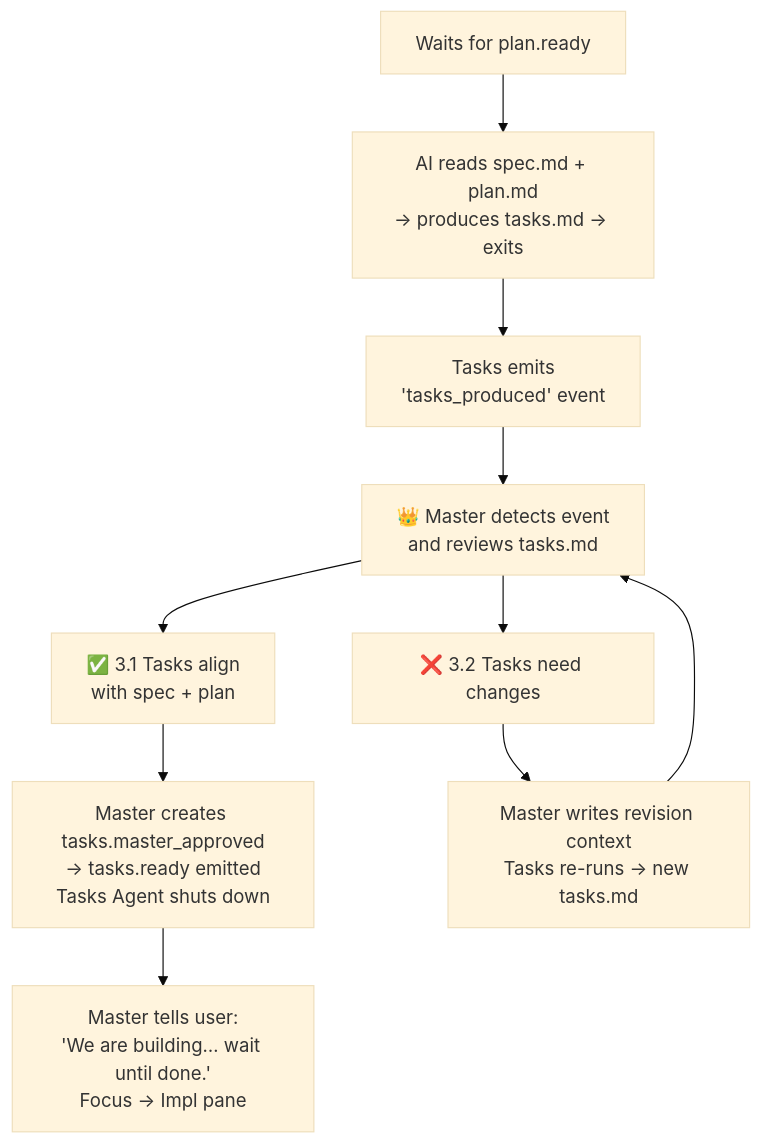
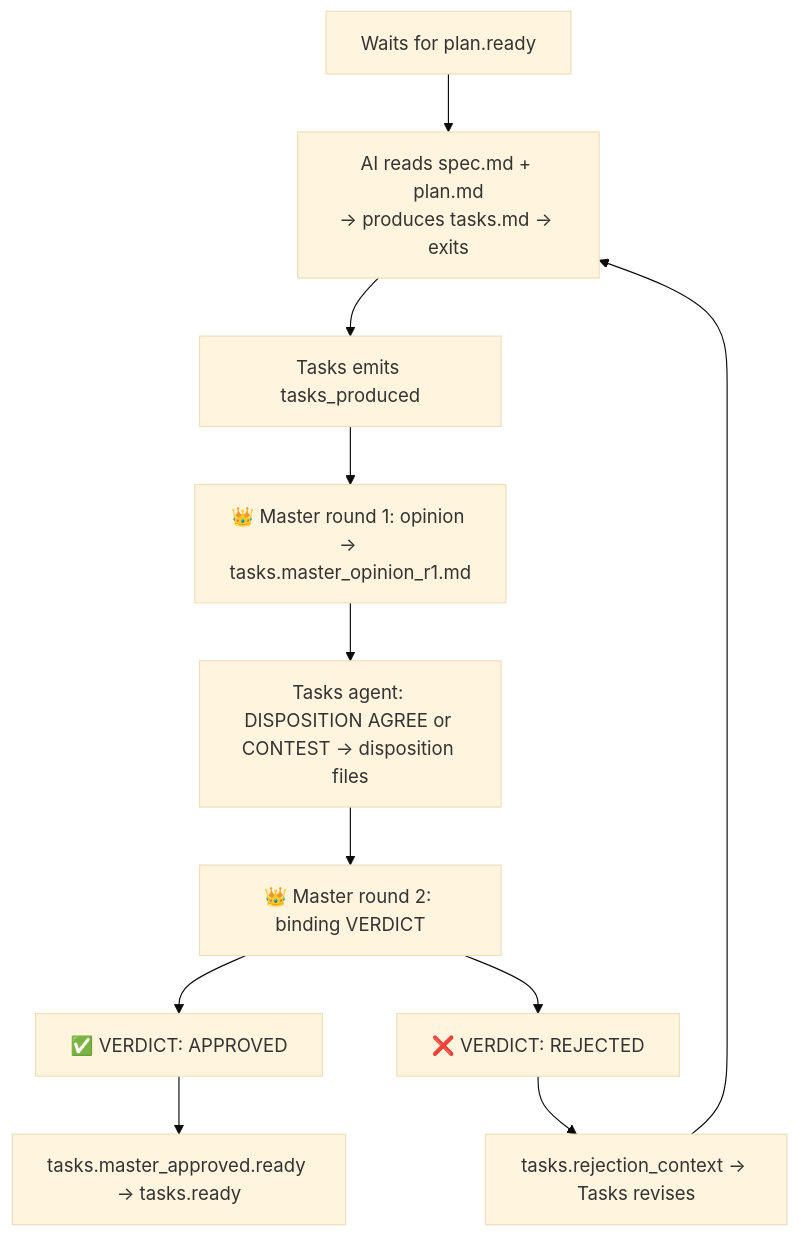
One commit to weprodev/FlowAI changed the fourth of 7 diagrams in docs/AGENT-COMMUNICATION.md. Above: the diagram before and after it, drawn with Mermaid (base theme). The commit also changed other lines of this file and 23 other files, not shown here.

Commit message:
refactor: enhance agent communication protocols and implement spec readiness checks for feature branching

````diff
--- a/docs/AGENT-COMMUNICATION.md
+++ b/docs/AGENT-COMMUNICATION.md
@@ -182,18 +209,17 @@
 ```mermaid
 flowchart TD
     Wait["Waits for plan.ready"]
     AI["AI reads spec.md + plan.md<br/>→ produces tasks.md → exits"]
-    Event["Tasks emits<br/>'tasks_produced' event"]
-    MasterReview["👑 Master detects event<br/>and reviews tasks.md"]
+    Event["Tasks emits tasks_produced"]
+    R1["👑 Master round 1: opinion → tasks.master_opinion_r1.md"]
+    Disp["Tasks agent: DISPOSITION AGREE or CONTEST → disposition files"]
+    R2["👑 Master round 2: binding VERDICT"]
+    Approve["✅ VERDICT: APPROVED"]
+    Reject["❌ VERDICT: REJECTED"]
+    Signal["tasks.master_approved.ready → tasks.ready"]
+    Revise["tasks.rejection_context → Tasks revises"]
 
-    Approve["✅ 3.1 Tasks align<br/>with spec + plan"]
-    Reject["❌ 3.2 Tasks need changes"]
-
-    Signal["Master creates tasks.master_approved<br/>→ tasks.ready emitted<br/>Tasks Agent shuts down"]
-    Notify["Master tells user:<br/>'We are building… wait until done.'<br/>Focus → Impl pane"]
-    Revise["Master writes revision context<br/>Tasks re-runs → new tasks.md"]
-
-    Wait --> AI --> Event --> MasterReview
-    MasterReview --> Approve --> Signal --> Notify
-    MasterReview --> Reject --> Revise --> MasterReview
+    Wait --> AI --> Event --> R1 --> Disp --> R2
+    R2 --> Approve --> Signal
+    R2 --> Reject --> Revise --> AI
 ```
````
